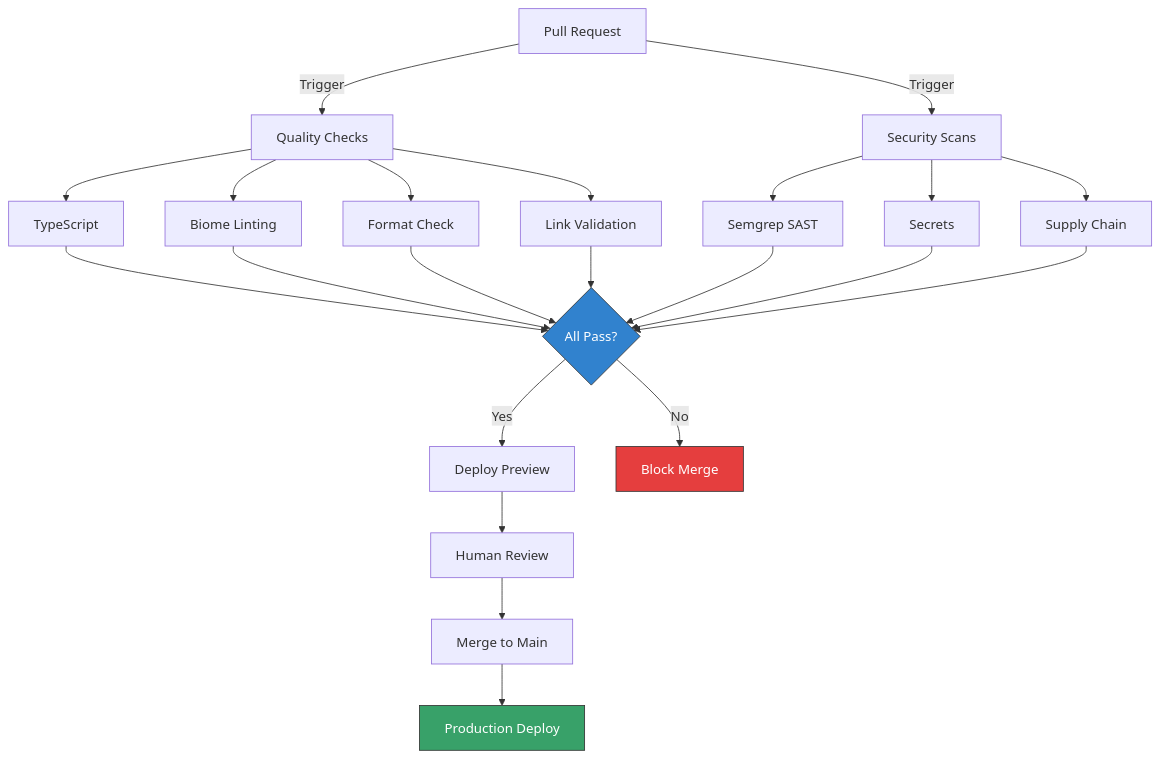
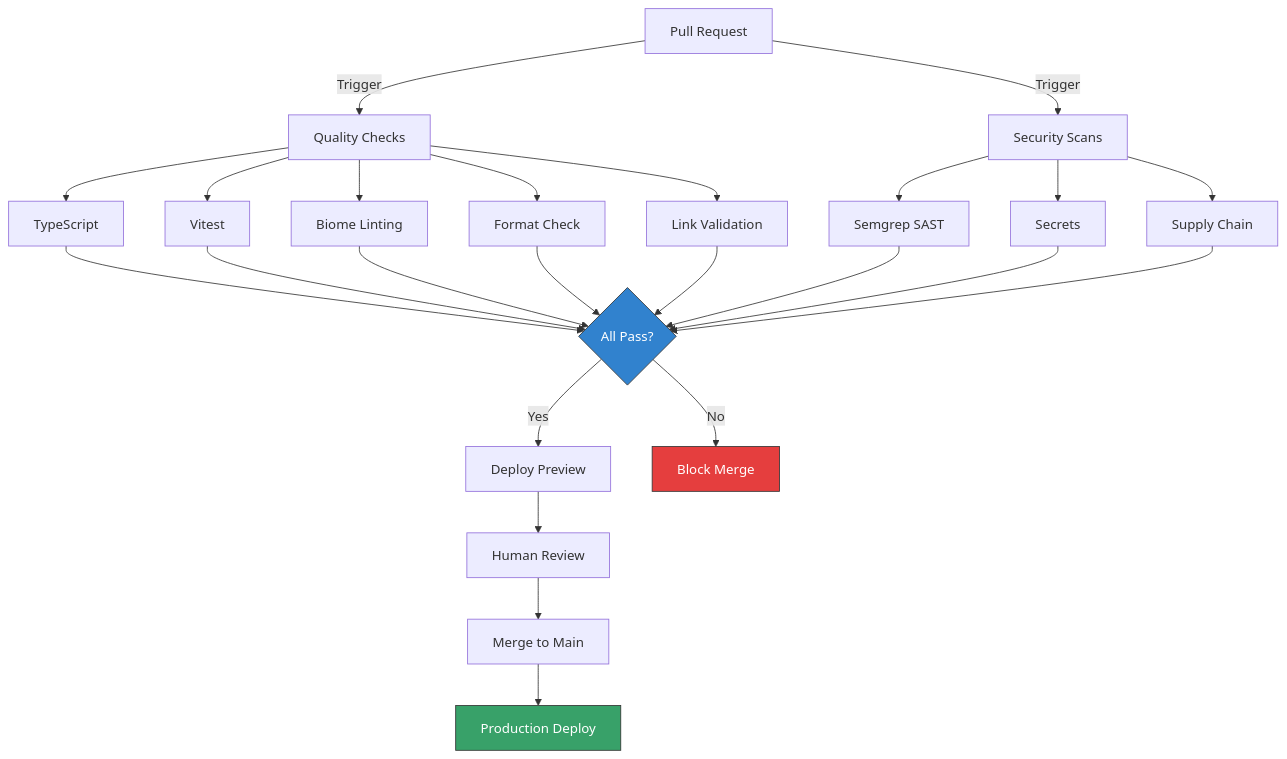
The second of 2 diagrams in docs/ARCHITECTURE.md (team4procoaching/website), drawn with Mermaid before and after one commit. The commit also changed other lines of this file and 9 other files, not shown here.

First line of the commit message:
test(core): introduce Vitest infrastructure, CI workflow, and utility tests

````diff
--- a/docs/ARCHITECTURE.md
+++ b/docs/ARCHITECTURE.md
@@ -390,33 +402,35 @@
 ```mermaid
 graph TD
     PR[Pull Request] -->|Trigger| CI_Quality[Quality Checks]
     PR -->|Trigger| CI_Security[Security Scans]
 
     CI_Quality --> TypeCheck[TypeScript]
+    CI_Quality --> Tests[Vitest]
     CI_Quality --> Lint[Biome Linting]
     CI_Quality --> Format[Format Check]
     CI_Quality --> Links[Link Validation]
 
     CI_Security --> Semgrep[Semgrep SAST]
     CI_Security --> GitGuardian[Secrets]
     CI_Security --> Socket[Supply Chain]
 
     TypeCheck --> Gate{All Pass?}
+    Tests --> Gate
     Lint --> Gate
     Format --> Gate
     Links --> Gate
     Semgrep --> Gate
     GitGuardian --> Gate
     Socket --> Gate
 
     Gate -->|Yes| Preview[Deploy Preview]
     Gate -->|No| Fail[Block Merge]
 
     Preview --> Review[Human Review]
     Review --> Merge[Merge to Main]
     Merge --> Production[Production Deploy]
 
     style Gate fill:#3182ce,stroke:#333,color:#fff
     style Production fill:#38a169,stroke:#333,color:#fff
     style Fail fill:#e53e3e,stroke:#333,color:#fff
 ```
````
